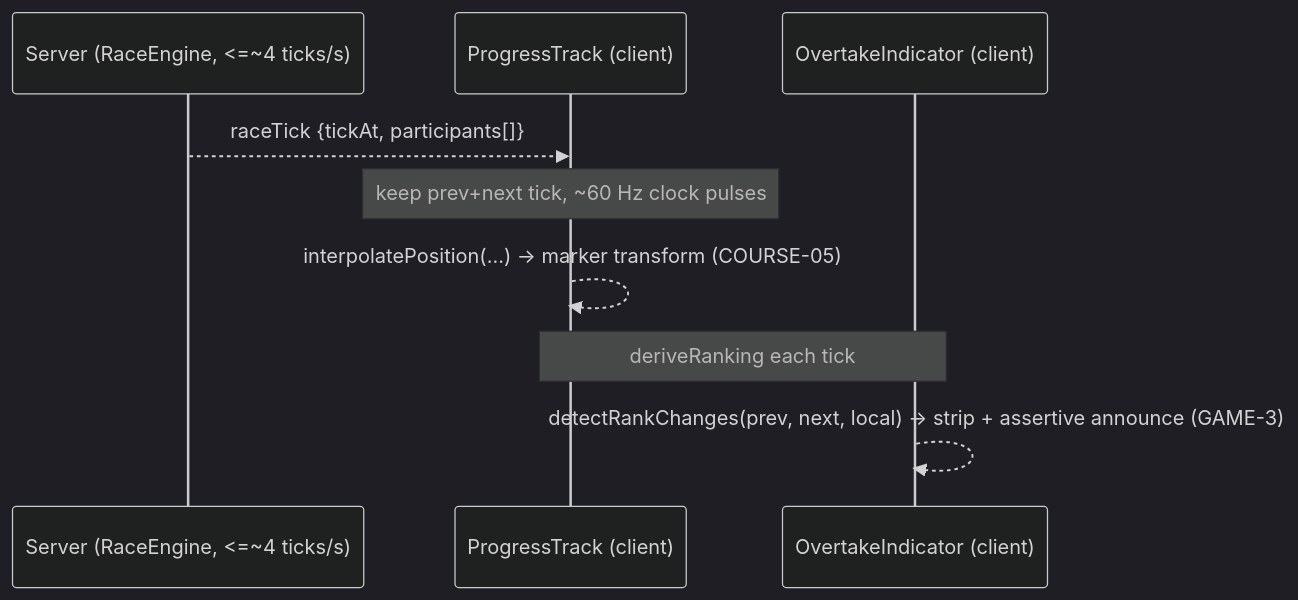
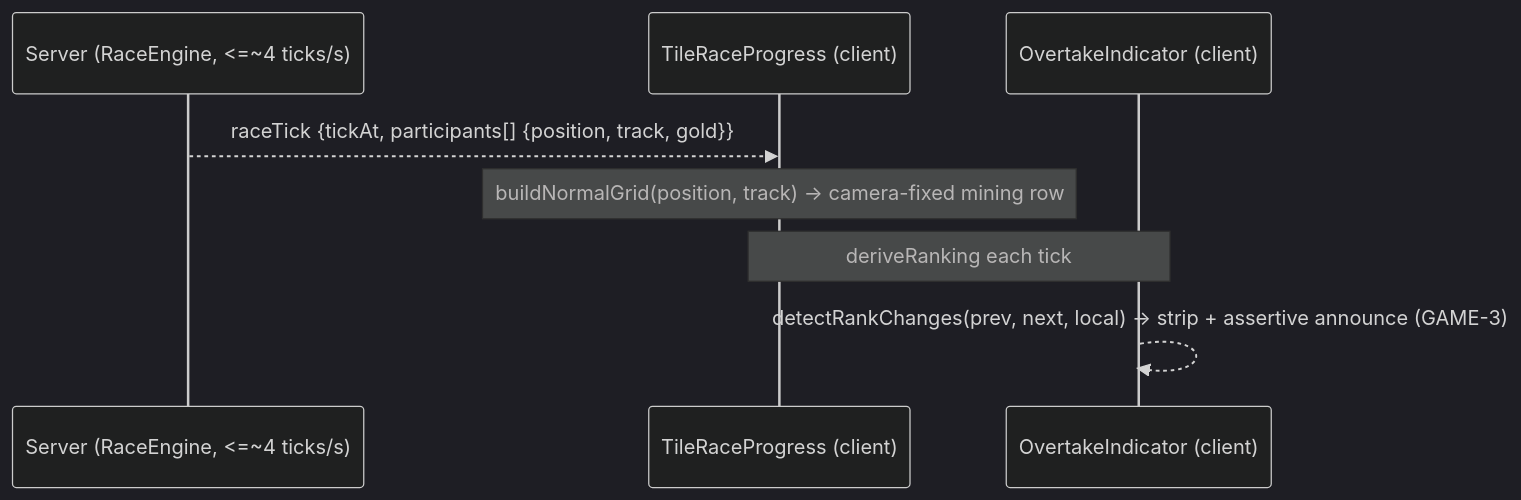
The fifth of 7 diagrams in doc/ARCHITECTURE.md (Extrajulien/dwarven-scriptures), drawn with Mermaid (dark theme) before and after one commit. The commit also changed other lines of this file and 1 other file, not shown here.

Commit message:
docs(race): add ADR-012 and update track docs

````diff
--- a/doc/ARCHITECTURE.md
+++ b/doc/ARCHITECTURE.md
@@ -754,11 +799,10 @@
 ```mermaid
 sequenceDiagram
     participant S as Server (RaceEngine, <=~4 ticks/s)
-    participant T as ProgressTrack (client)
+    participant T as TileRaceProgress (client)
     participant O as OvertakeIndicator (client)
-    S-->>T: raceTick {tickAt, participants[]}
-    Note over T: keep prev+next tick, ~60 Hz clock pulses
-    T-->>T: interpolatePosition(...) → marker transform (COURSE-05)
+    S-->>T: raceTick {tickAt, participants[] {position, track, gold}}
+    Note over T: buildNormalGrid(position, track) → camera-fixed mining row
     Note over T,O: deriveRanking each tick
     O-->>O: detectRankChanges(prev, next, local) → strip + assertive announce (GAME-3)
 ```
````
